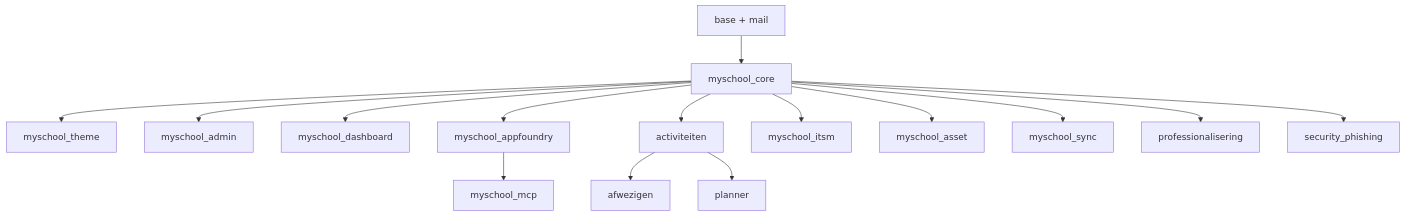
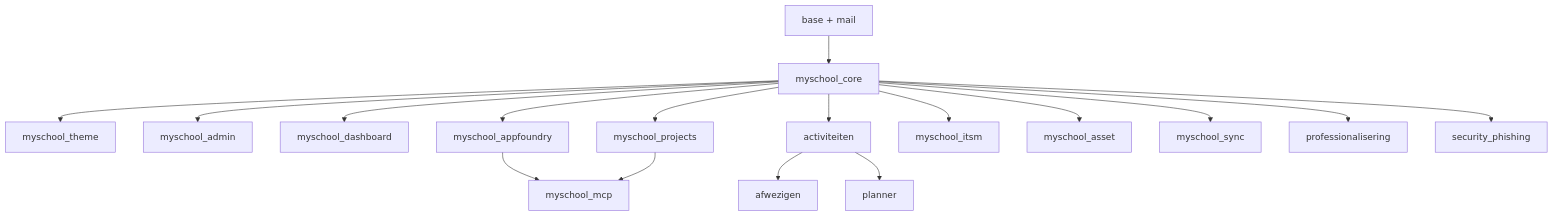
One commit to ictolvpbe/MySchool_addons changed the diagram in docs/modules/README.md. Above: the diagram before and after it, drawn with Mermaid. The commit also changed other lines of this file and 1 other file, not shown here.

Commit message:
docs: myschool_projects module-doc + index/graph bijgewerkt
- docs/modules/myschool_projects.md: overzicht, modellen (project/task/
  category/tag), OWL-workspace, security, 11 MCP-tools, roadmap.
- README.md: rij onder Project-/service-management + Mermaid (core→projects→mcp).

````diff
--- a/docs/modules/README.md
+++ b/docs/modules/README.md
@@ -53,17 +54,19 @@
 ```mermaid
 graph TD
     base[base + mail] --> core[myschool_core]
     core --> theme[myschool_theme]
     core --> admin[myschool_admin]
     core --> dashboard[myschool_dashboard]
     core --> appfoundry[myschool_appfoundry]
+    core --> projects[myschool_projects]
     core --> activiteiten[activiteiten]
     activiteiten --> afwezigen[afwezigen]
     activiteiten --> planner[planner]
     appfoundry --> mcp[myschool_mcp]
+    projects --> mcp
     core --> itsm[myschool_itsm]
     core --> asset[myschool_asset]
     core --> sync[myschool_sync]
     core --> proff[professionalisering]
     core --> phishing[security_phishing]
 ```
````
